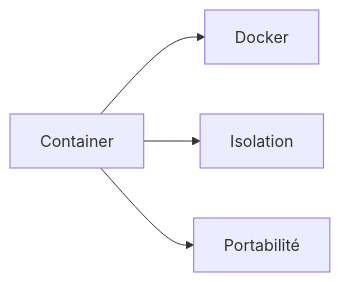
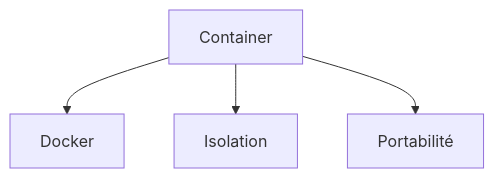
One commit to zyrass/omnydocs changed the fourth of 31 diagrams in docs/glossaire/cloud-computing.md. Above: the diagram before and after it, drawn with Mermaid. The commit also changed other lines of this file and 1780 other files, not shown here.

````diff
--- a/docs/glossaire/cloud-computing.md
+++ b/docs/glossaire/cloud-computing.md
@@ -85,6 +103,6 @@
-    ```mermaid
-    graph LR
-        A[Container] --> B[Docker]
-        A --> C[Isolation]
-        A --> D[Portabilité]
-    ```
+```mermaid
+graph TB
+    A[Container] --> B[Docker]
+    A --> C[Isolation]
+    A --> D[Portabilité]
+```
````
